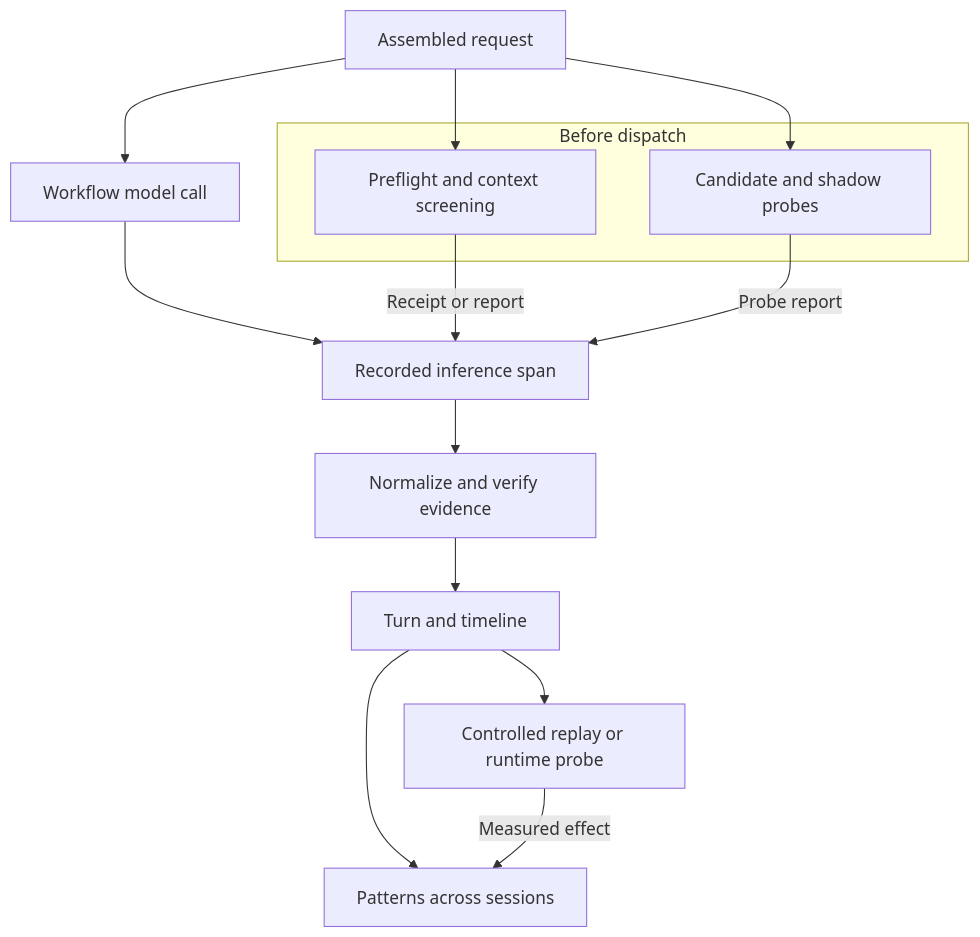
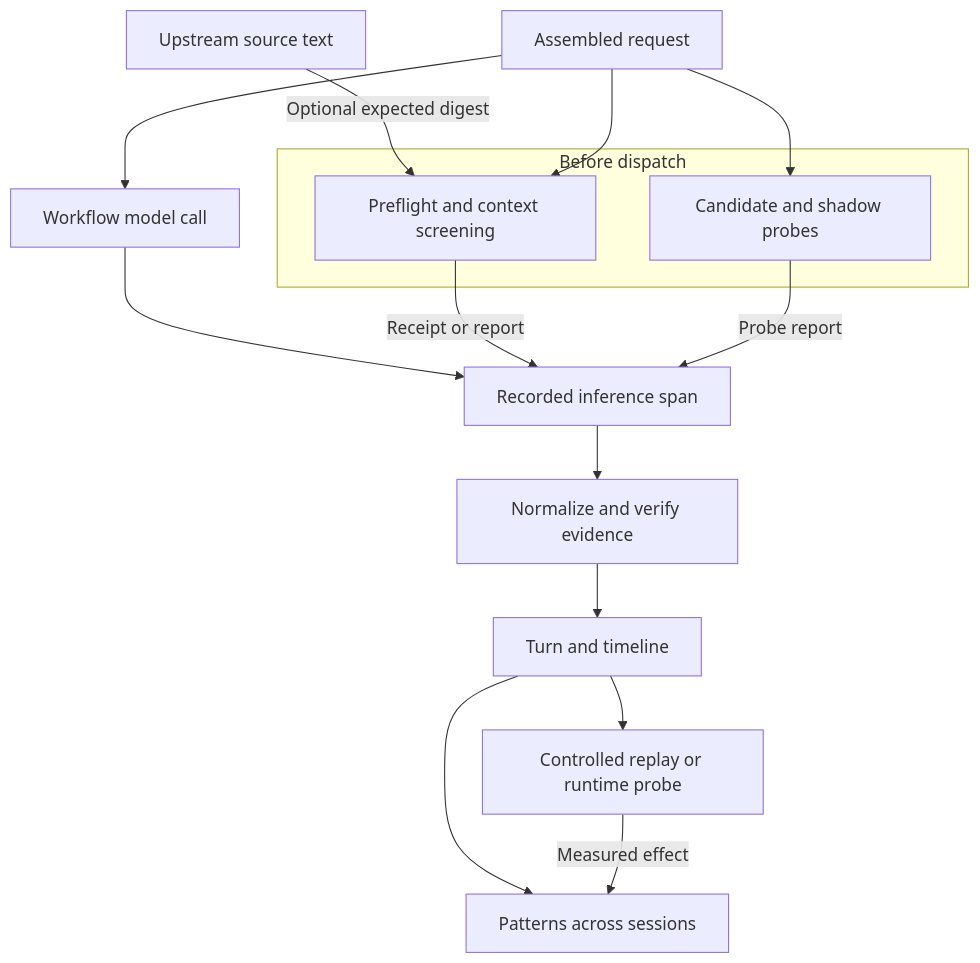
The first of 4 diagrams in docs/architecture.md (thakur-ro/A2Context), drawn with Mermaid before and after one commit. The commit also changed other lines of this file and 4 other files, not shown here.

````diff
--- a/docs/architecture.md
+++ b/docs/architecture.md
@@ -5,20 +5,21 @@
 ```mermaid
 flowchart TD
     accTitle: How captured inputs become turn evidence and measured effects
     accDescr: Check or probe the assembled request before dispatch. Import the recorded inference call and verify its attached reports. Test further source edits and query comparable evidence across calls.
     A[Assembled request] --> M[Workflow model call]
     subgraph Pending[Before dispatch]
         P[Preflight and context screening]
         S[Candidate and shadow probes]
     end
+    U[Upstream source text] -->|Optional expected digest| P
     A --> P
     A --> S
     M --> T[Recorded inference span]
     P -->|Receipt or report| T
     S -->|Probe report| T
     T --> V[Normalize and verify evidence]
     V --> I[Turn and timeline]
     I --> R[Controlled replay or runtime probe]
     I --> G[Patterns across sessions]
     R -->|Measured effect| G
 ```
````
